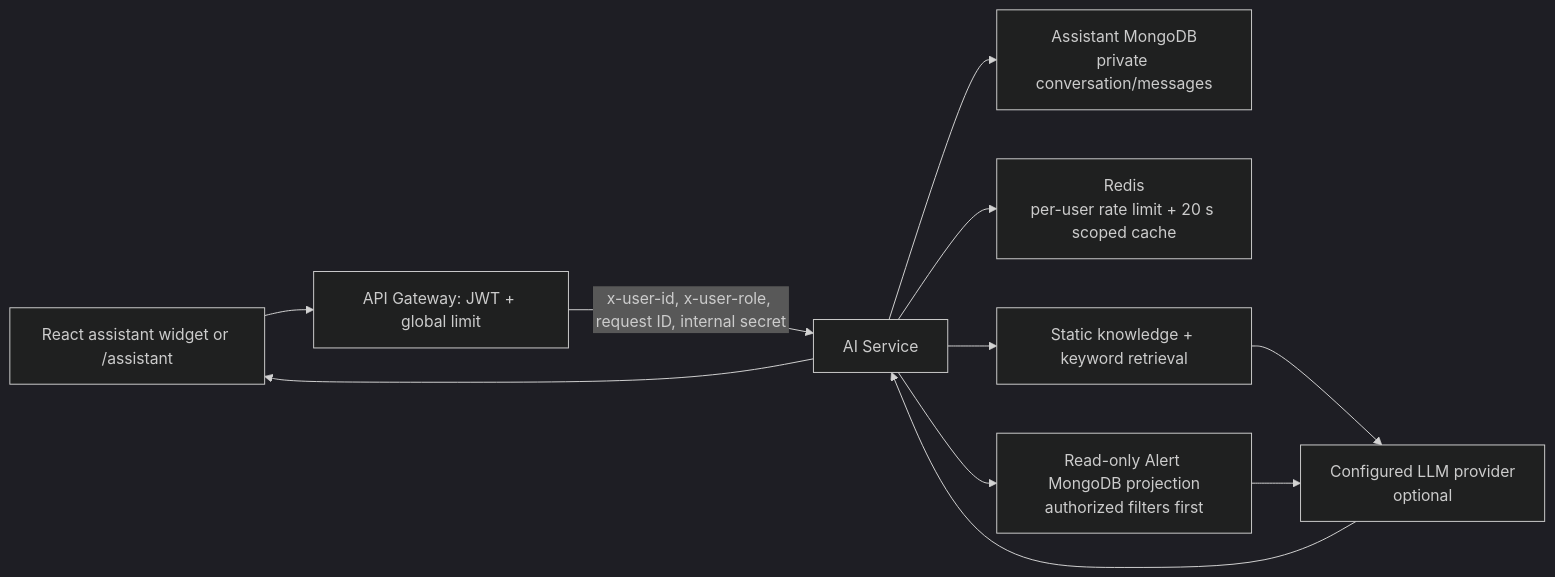
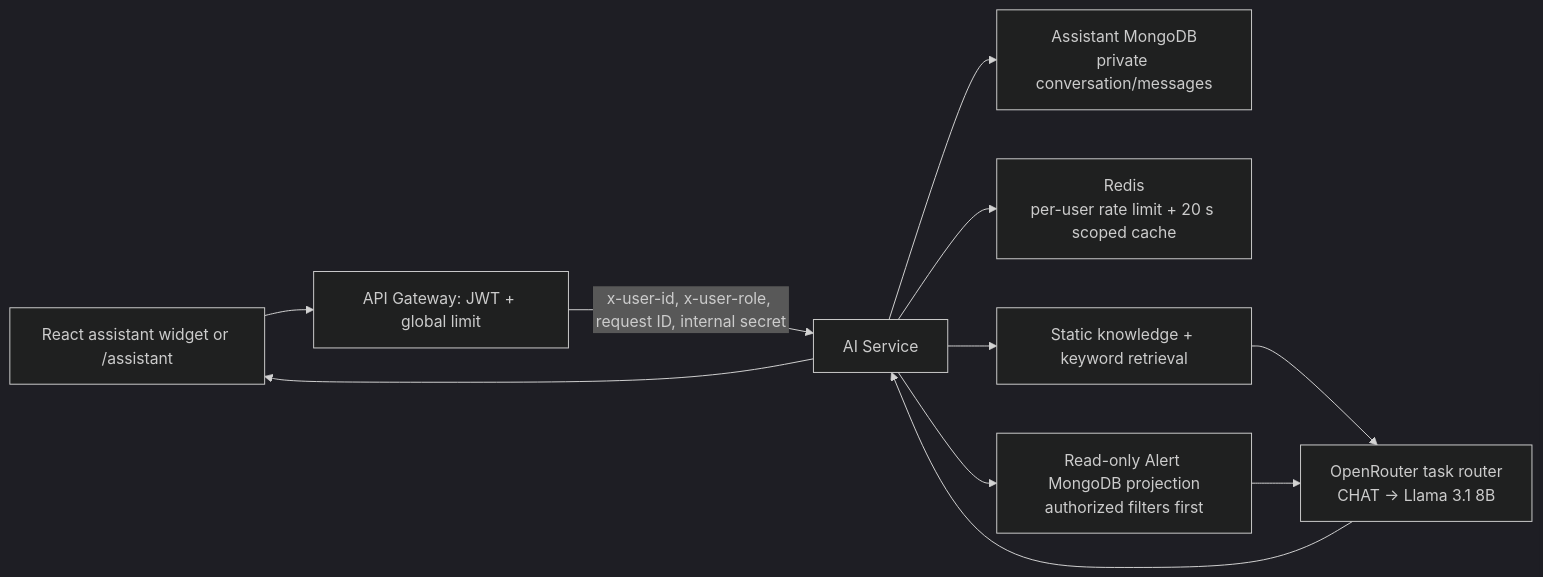
The diagram in docs/ai-assistant.md (PhamNguyen0902/EcoAlert), drawn with Mermaid (dark theme) before and after one commit. The commit also changed other lines of this file and 14 other files, not shown here.

````diff
--- a/docs/ai-assistant.md
+++ b/docs/ai-assistant.md
@@ -9,13 +9,13 @@
 ```mermaid
 flowchart LR
   browser["React assistant widget or /assistant"] --> gateway["API Gateway: JWT + global limit"]
   gateway -->|"x-user-id, x-user-role, request ID, internal secret"| ai["AI Service"]
   ai --> conversations["Assistant MongoDB\nprivate conversation/messages"]
   ai --> redis["Redis\nper-user rate limit + 20 s scoped cache"]
   ai --> readmodel["Read-only Alert MongoDB projection\nauthorized filters first"]
   ai --> rag["Static knowledge + keyword retrieval"]
-  rag --> model["Configured LLM provider\noptional"]
+  rag --> model["OpenRouter task router\nCHAT → Llama 3.1 8B"]
   readmodel --> model
   model --> ai
   ai --> browser
 ```
````
